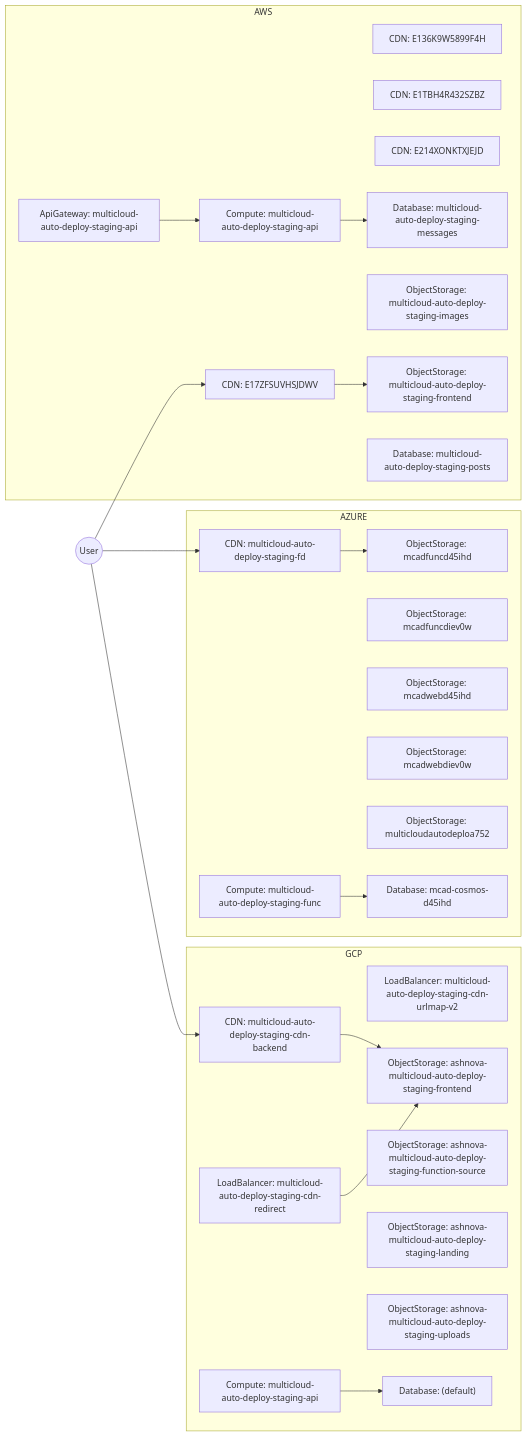
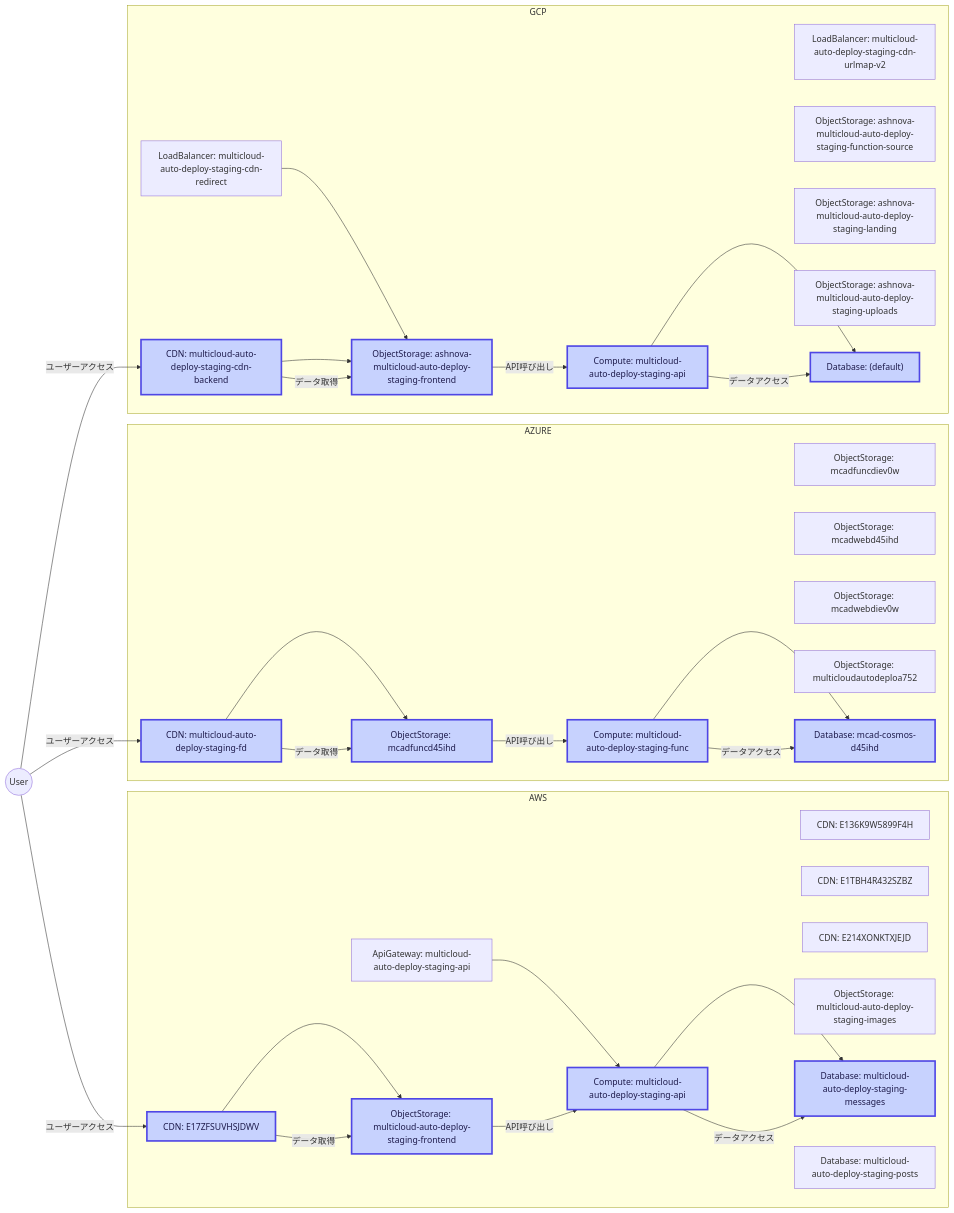
The diagram in docs/generated/architecture/architecture.staging.mmd (PLAYER1-r7/multicloud-auto-deploy), drawn with Mermaid before and after one commit. The commit also changed 13 other files, not shown here.

```diff
--- a/docs/generated/architecture/architecture.staging.mmd
+++ b/docs/generated/architecture/architecture.staging.mmd
@@ -1,46 +1,68 @@
 flowchart LR
   User((User))
   subgraph AWS[AWS]
     aws_cdn-E17ZFSUVHSJDWV["CDN: E17ZFSUVHSJDWV"]
     aws_cdn-E136K9W5899F4H["CDN: E136K9W5899F4H"]
     aws_cdn-E1TBH4R432SZBZ["CDN: E1TBH4R432SZBZ"]
     aws_cdn-E214XONKTXJEJD["CDN: E214XONKTXJEJD"]
     aws_object_storage-multicloud-auto-deploy-staging-frontend["ObjectStorage: multicloud-auto-deploy-staging-frontend"]
     aws_object_storage-multicloud-auto-deploy-staging-images["ObjectStorage: multicloud-auto-deploy-staging-images"]
     aws_api_gateway-multicloud-auto-deploy-staging-api["ApiGateway: multicloud-auto-deploy-staging-api"]
     aws_compute-multicloud-auto-deploy-staging-api["Compute: multicloud-auto-deploy-staging-api"]
     aws_database-multicloud-auto-deploy-staging-messages["Database: multicloud-auto-deploy-staging-messages"]
     aws_database-multicloud-auto-deploy-staging-posts["Database: multicloud-auto-deploy-staging-posts"]
     aws_cdn-E17ZFSUVHSJDWV --> aws_object_storage-multicloud-auto-deploy-staging-frontend
     aws_api_gateway-multicloud-auto-deploy-staging-api --> aws_compute-multicloud-auto-deploy-staging-api
     aws_compute-multicloud-auto-deploy-staging-api --> aws_database-multicloud-auto-deploy-staging-messages
   end
   subgraph AZURE[AZURE]
     azure_cdn-multicloud-auto-deploy-staging-fd["CDN: multicloud-auto-deploy-staging-fd"]
     azure_object_storage-mcadfuncd45ihd["ObjectStorage: mcadfuncd45ihd"]
     azure_object_storage-mcadfuncdiev0w["ObjectStorage: mcadfuncdiev0w"]
     azure_object_storage-mcadwebd45ihd["ObjectStorage: mcadwebd45ihd"]
     azure_object_storage-mcadwebdiev0w["ObjectStorage: mcadwebdiev0w"]
     azure_object_storage-multicloudautodeploa752["ObjectStorage: multicloudautodeploa752"]
     azure_compute-multicloud-auto-deploy-staging-func["Compute: multicloud-auto-deploy-staging-func"]
     azure_database-mcad-cosmos-d45ihd["Database: mcad-cosmos-d45ihd"]
     azure_cdn-multicloud-auto-deploy-staging-fd --> azure_object_storage-mcadfuncd45ihd
     azure_compute-multicloud-auto-deploy-staging-func --> azure_database-mcad-cosmos-d45ihd
   end
   subgraph GCP[GCP]
     gcp_cdn-multicloud-auto-deploy-staging-cdn-backend["CDN: multicloud-auto-deploy-staging-cdn-backend"]
     gcp_load_balancer-multicloud-auto-deploy-staging-cdn-redirect["LoadBalancer: multicloud-auto-deploy-staging-cdn-redirect"]
     gcp_load_balancer-multicloud-auto-deploy-staging-cdn-urlmap-v2["LoadBalancer: multicloud-auto-deploy-staging-cdn-urlmap-v2"]
     gcp_compute-multicloud-auto-deploy-staging-api["Compute: multicloud-auto-deploy-staging-api"]
     gcp_object_storage-ashnova-multicloud-auto-deploy-staging-frontend["ObjectStorage: ashnova-multicloud-auto-deploy-staging-frontend"]
     gcp_object_storage-ashnova-multicloud-auto-deploy-staging-function-source["ObjectStorage: ashnova-multicloud-auto-deploy-staging-function-source"]
     gcp_object_storage-ashnova-multicloud-auto-deploy-staging-landing["ObjectStorage: ashnova-multicloud-auto-deploy-staging-landing"]
     gcp_object_storage-ashnova-multicloud-auto-deploy-staging-uploads["ObjectStorage: ashnova-multicloud-auto-deploy-staging-uploads"]
     gcp_database-default["Database: (default)"]
     gcp_load_balancer-multicloud-auto-deploy-staging-cdn-redirect --> gcp_object_storage-ashnova-multicloud-auto-deploy-staging-frontend
     gcp_cdn-multicloud-auto-deploy-staging-cdn-backend --> gcp_object_storage-ashnova-multicloud-auto-deploy-staging-frontend
     gcp_compute-multicloud-auto-deploy-staging-api --> gcp_database-default
   end
-  User --> aws_cdn-E17ZFSUVHSJDWV
-  User --> azure_cdn-multicloud-auto-deploy-staging-fd
-  User --> gcp_cdn-multicloud-auto-deploy-staging-cdn-backend
+  User -->|ユーザーアクセス| aws_cdn-E17ZFSUVHSJDWV
+  aws_cdn-E17ZFSUVHSJDWV -->|データ取得| aws_object_storage-multicloud-auto-deploy-staging-frontend
+  aws_object_storage-multicloud-auto-deploy-staging-frontend -->|API呼び出し| aws_compute-multicloud-auto-deploy-staging-api
+  aws_compute-multicloud-auto-deploy-staging-api -->|データアクセス| aws_database-multicloud-auto-deploy-staging-messages
+  User -->|ユーザーアクセス| azure_cdn-multicloud-auto-deploy-staging-fd
+  azure_cdn-multicloud-auto-deploy-staging-fd -->|データ取得| azure_object_storage-mcadfuncd45ihd
+  azure_object_storage-mcadfuncd45ihd -->|API呼び出し| azure_compute-multicloud-auto-deploy-staging-func
+  azure_compute-multicloud-auto-deploy-staging-func -->|データアクセス| azure_database-mcad-cosmos-d45ihd
+  User -->|ユーザーアクセス| gcp_cdn-multicloud-auto-deploy-staging-cdn-backend
+  gcp_cdn-multicloud-auto-deploy-staging-cdn-backend -->|データ取得| gcp_object_storage-ashnova-multicloud-auto-deploy-staging-frontend
+  gcp_object_storage-ashnova-multicloud-auto-deploy-staging-frontend -->|API呼び出し| gcp_compute-multicloud-auto-deploy-staging-api
+  gcp_compute-multicloud-auto-deploy-staging-api -->|データアクセス| gcp_database-default
+  classDef user_flow fill:#c7d2fe,stroke:#4f46e5,stroke-width:3px,color:#1e1b4b
+  class aws_cdn-E17ZFSUVHSJDWV user_flow
+  class gcp_object_storage-ashnova-multicloud-auto-deploy-staging-frontend user_flow
+  class aws_database-multicloud-auto-deploy-staging-messages user_flow
+  class aws_object_storage-multicloud-auto-deploy-staging-frontend user_flow
+  class azure_compute-multicloud-auto-deploy-staging-func user_flow
+  class gcp_compute-multicloud-auto-deploy-staging-api user_flow
+  class azure_database-mcad-cosmos-d45ihd user_flow
+  class azure_cdn-multicloud-auto-deploy-staging-fd user_flow
+  class aws_compute-multicloud-auto-deploy-staging-api user_flow
+  class gcp_database-default user_flow
+  class gcp_cdn-multicloud-auto-deploy-staging-cdn-backend user_flow
+  class azure_object_storage-mcadfuncd45ihd user_flow
```
